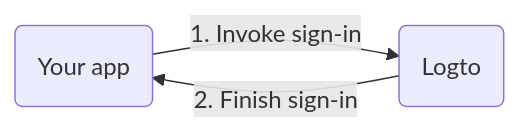
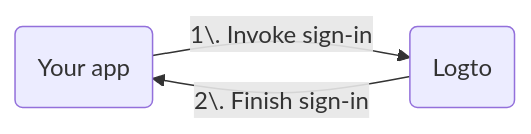
Before and after one commit to logto-io/docs: the diagram in docs/quick-starts/fragments/_web-sign-in-flow-summary.mdx, drawn with Mermaid. The commit also changed 12 other files, not shown here.

Commit message:
fix: redirect diagram and link styles (#1181)

````diff
--- a/docs/quick-starts/fragments/_web-sign-in-flow-summary.mdx
+++ b/docs/quick-starts/fragments/_web-sign-in-flow-summary.mdx
@@ -5,5 +5,5 @@
 ```mermaid
 graph LR
-    A(Your app) -->|1. Invoke sign-in| B(Logto)
-    B -->|2. Finish sign-in| A
+    A(Your app) -->|1\. Invoke sign-in| B(Logto)
+    B -->|2\. Finish sign-in| A
 ```
````
